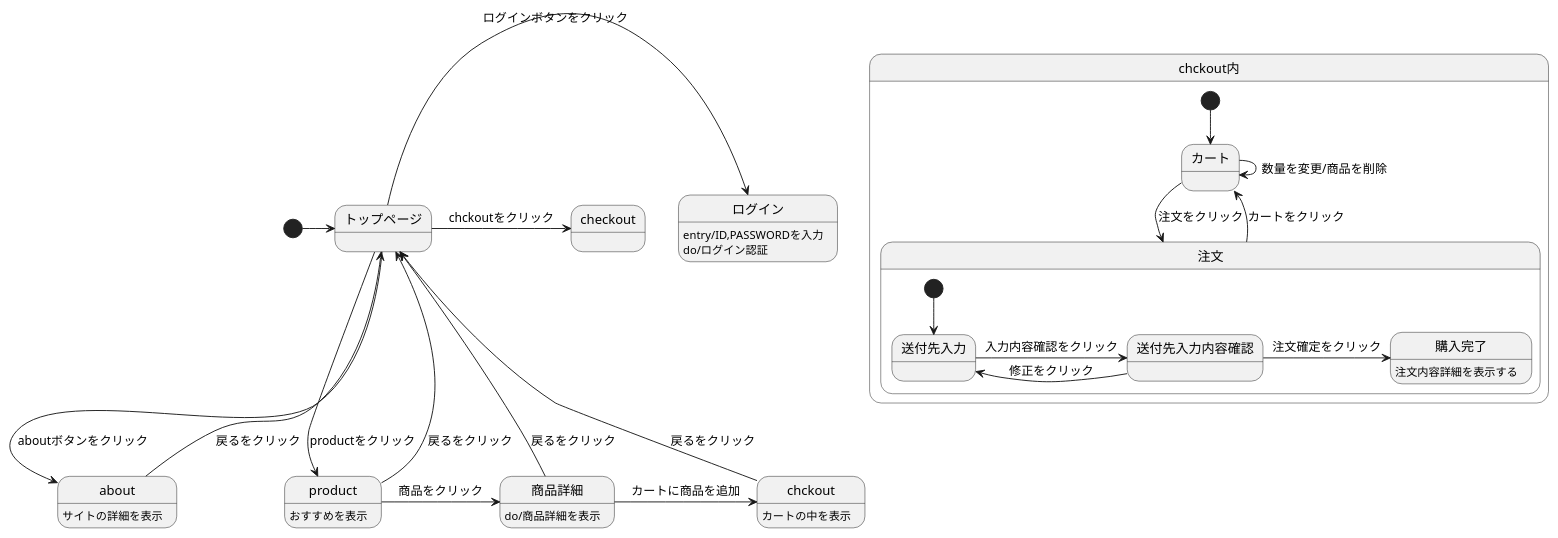
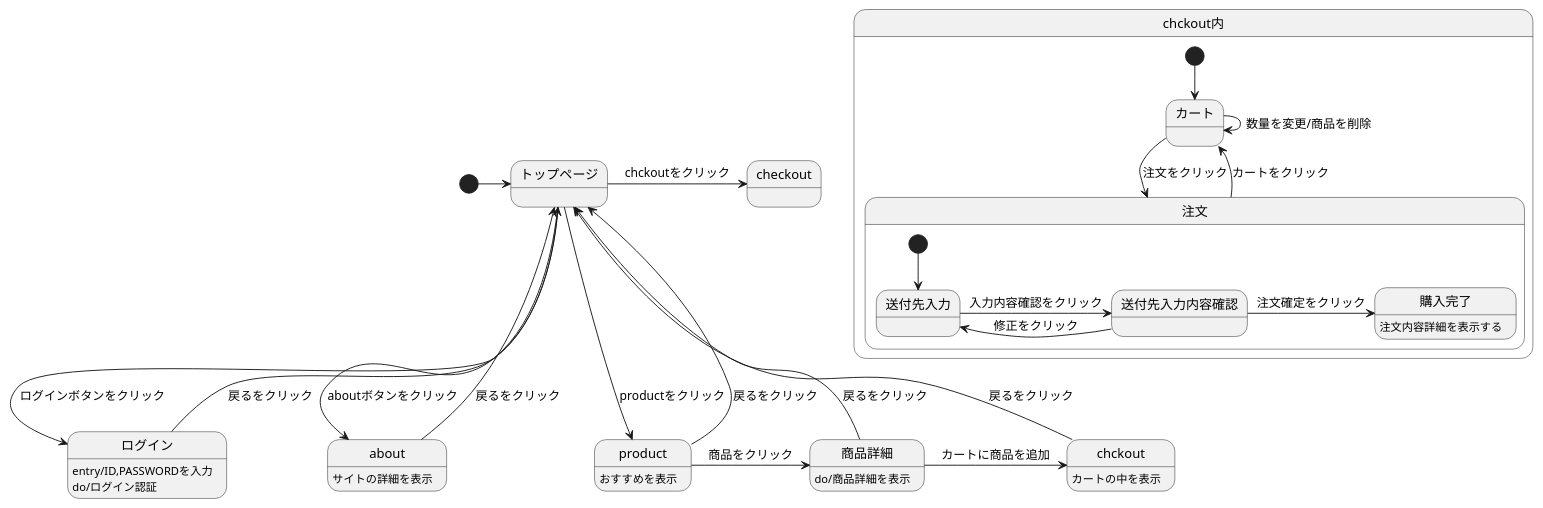
One commit to Aso2101121/2021sys-design-2 changed the diagram in modan.stw.md. Above: the diagram before and after it, drawn with PlantUML.

````diff
--- a/modan.stw.md
+++ b/modan.stw.md
@@ -1,35 +1,36 @@
 ```uml
 @startuml
 [*] -> トップページ
 トップページ -> ログイン : ログインボタンをクリック
 ログイン : entry/ID,PASSWORDを入力
 ログイン : do/ログイン認証
+ログイン --> トップページ : 戻るをクリック
 トップページ -> about : aboutボタンをクリック
 about : サイトの詳細を表示
 about --> トップページ : 戻るをクリック
 トップページ -> product : productをクリック
 product : おすすめを表示
 product --> トップページ : 戻るをクリック
 product -> 商品詳細 : 商品をクリック
 商品詳細 : do/商品詳細を表示
 商品詳細 -> chckout : カートに商品を追加
 商品詳細 --> トップページ : 戻るをクリック
 トップページ -> checkout : chckoutをクリック
 chckout : カートの中を表示
 chckout --> トップページ : 戻るをクリック
 
 state chckout内 {
  [*] --> カート
  カート -> 注文 : 注文をクリック
  カート -> カート : 数量を変更/商品を削除
  注文 --> カート : カートをクリック
  state 注文 {
   [*] --> 送付先入力
   送付先入力 -> 送付先入力内容確認 : 入力内容確認をクリック
   送付先入力内容確認 -> 送付先入力 : 修正をクリック
   送付先入力内容確認 -> 購入完了 : 注文確定をクリック 
   購入完了 : 注文内容詳細を表示する
  }
 }
 @enduml
 ```
````
